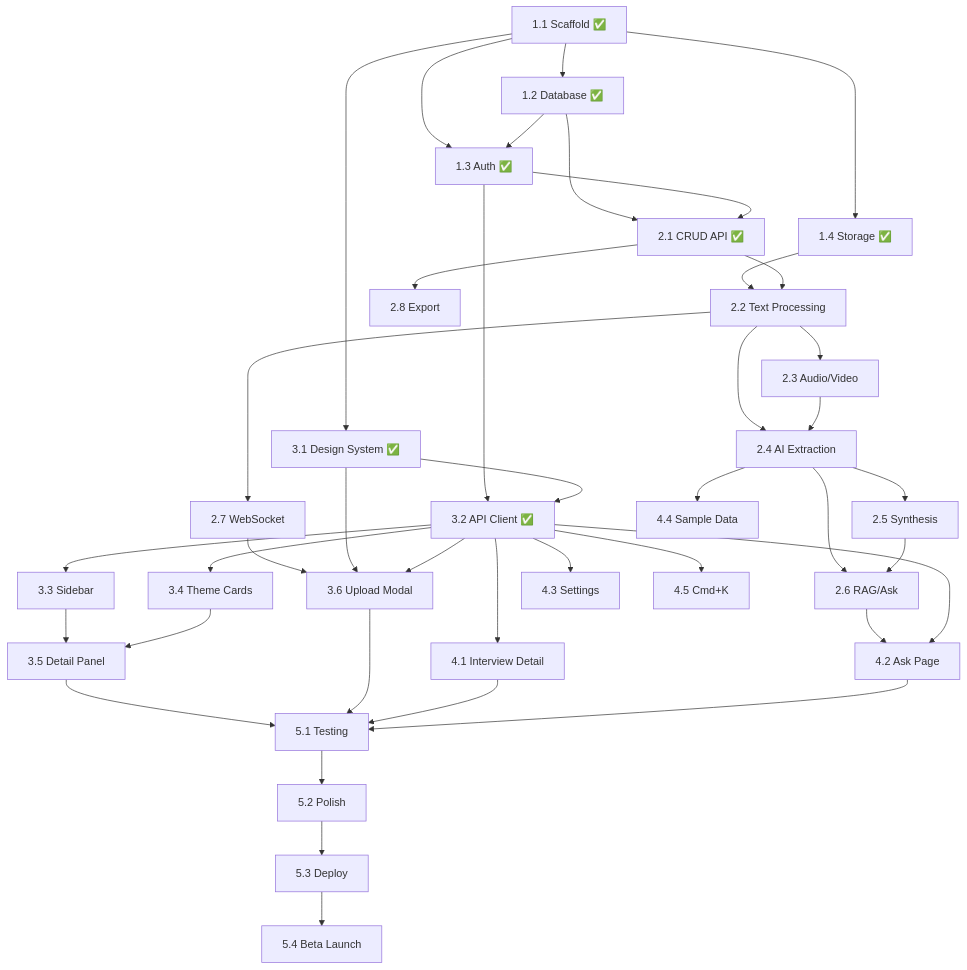
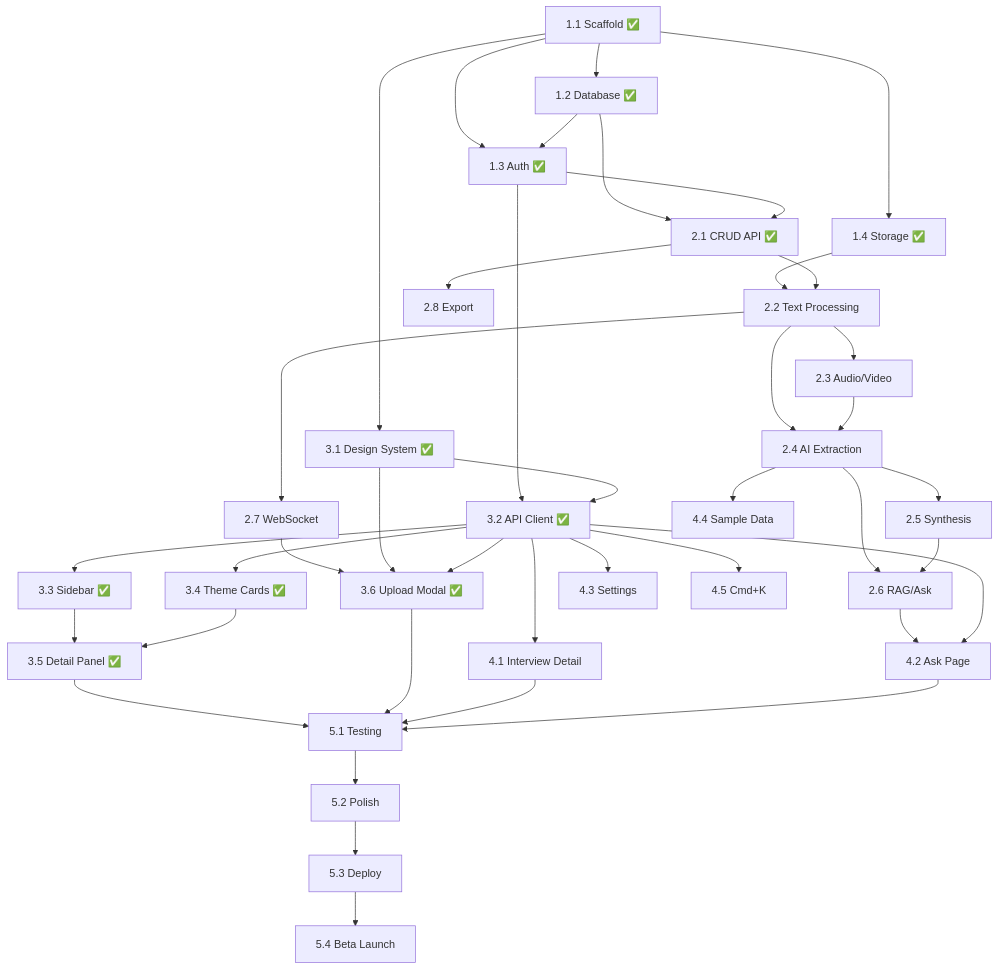
The diagram in Documentation/CTO/project_tracker_v0.1.md (deepjyoti31/spec10x), drawn with Mermaid before and after one commit. The commit also changed other lines of this file and 2 other files, not shown here.

Commit message:
docs: Add initial CTO documentation including project tracker, technical architecture, and testing strategy for Spec10x v0.1.

````diff
--- a/Documentation/CTO/project_tracker_v0.1.md
+++ b/Documentation/CTO/project_tracker_v0.1.md
@@ -562,45 +560,45 @@
 ```mermaid
 graph TD
     A[1.1 Scaffold ✅] --> B[1.2 Database ✅]
     A --> C[1.3 Auth ✅]
     A --> D[1.4 Storage ✅]
     B --> C
     B --> E[2.1 CRUD API ✅]
     C --> E
     D --> F[2.2 Text Processing]
     E --> F
     F --> G[2.3 Audio/Video]
     F --> H[2.4 AI Extraction]
     G --> H
     H --> I[2.5 Synthesis]
     H --> J[2.6 RAG/Ask]
     I --> J
     F --> K[2.7 WebSocket]
     E --> L[2.8 Export]
 
     A --> M[3.1 Design System ✅]
     C --> N[3.2 API Client ✅]
     M --> N
-    N --> O[3.3 Sidebar]
-    N --> P[3.4 Theme Cards]
-    O --> Q[3.5 Detail Panel]
+    N --> O[3.3 Sidebar ✅]
+    N --> P[3.4 Theme Cards ✅]
+    O --> Q[3.5 Detail Panel ✅]
     P --> Q
-    K --> R[3.6 Upload Modal]
+    K --> R[3.6 Upload Modal ✅]
     M --> R
     N --> R
 
     N --> S[4.1 Interview Detail]
     J --> T[4.2 Ask Page]
     N --> T
     N --> U[4.3 Settings]
     H --> V[4.4 Sample Data]
     N --> W[4.5 Cmd+K]
 
     Q --> X[5.1 Testing]
     R --> X
     S --> X
     T --> X
     X --> Y[5.2 Polish]
     Y --> Z[5.3 Deploy]
     Z --> AA[5.4 Beta Launch]
 ```
````
